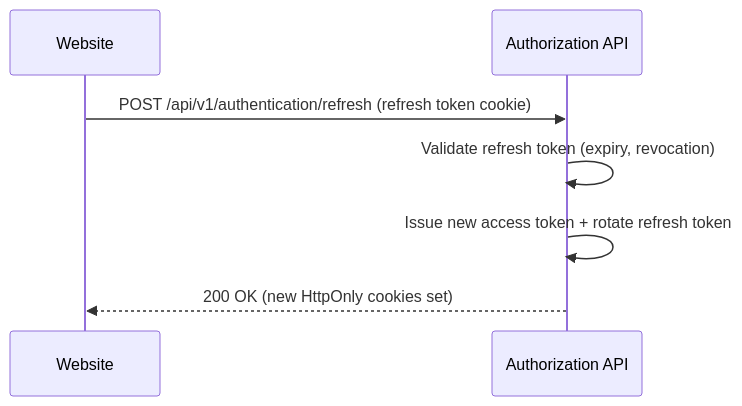
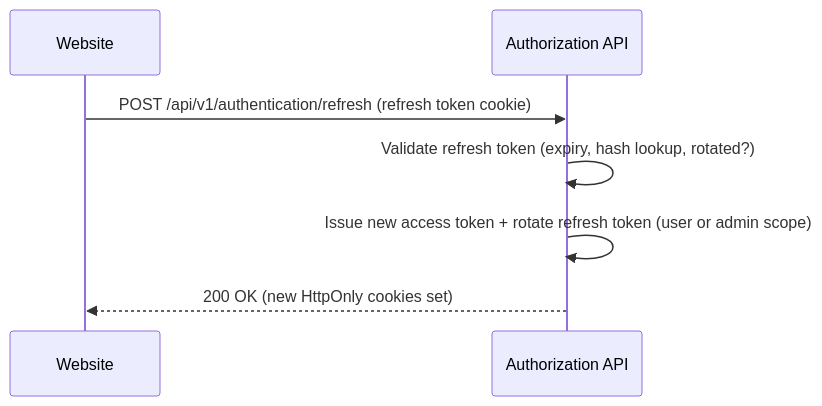
One commit to wouterfennis/TimeForCode changed the second of 4 diagrams in docs/architecture/arc42/06-runtime-view.md. Above: the diagram before and after it, drawn with Mermaid. The commit also changed 22 other files, not shown here.

First line of the commit message:
feat(authorization): harden refresh tokens, logout and admin refresh (#104)

````diff
--- a/docs/architecture/arc42/06-runtime-view.md
+++ b/docs/architecture/arc42/06-runtime-view.md
@@ -45,10 +45,10 @@
 ```mermaid
 sequenceDiagram
     participant Website
     participant AuthAPI as Authorization API
 
     Website->>AuthAPI: POST /api/v1/authentication/refresh (refresh token cookie)
-    AuthAPI->>AuthAPI: Validate refresh token (expiry, revocation)
-    AuthAPI->>AuthAPI: Issue new access token + rotate refresh token
+    AuthAPI->>AuthAPI: Validate refresh token (expiry, hash lookup, rotated?)
+    AuthAPI->>AuthAPI: Issue new access token + rotate refresh token (user or admin scope)
     AuthAPI-->>Website: 200 OK (new HttpOnly cookies set)
 ```
````
